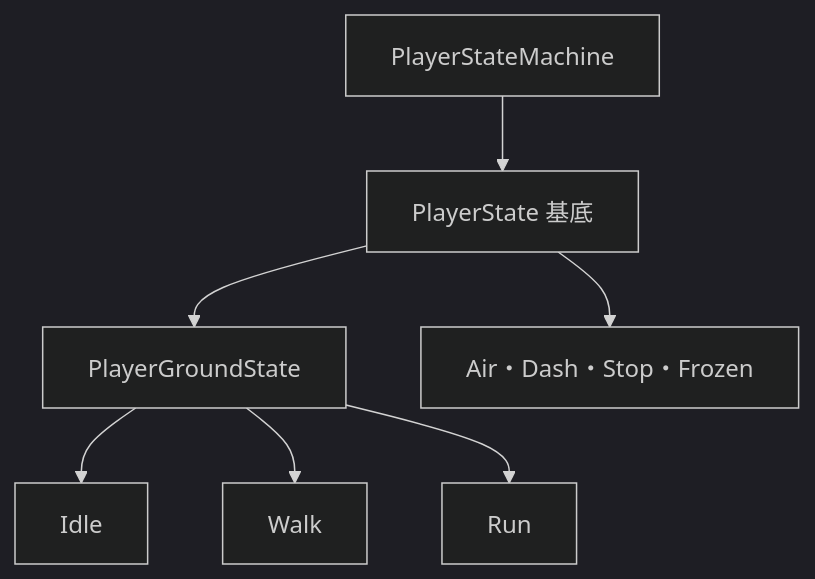
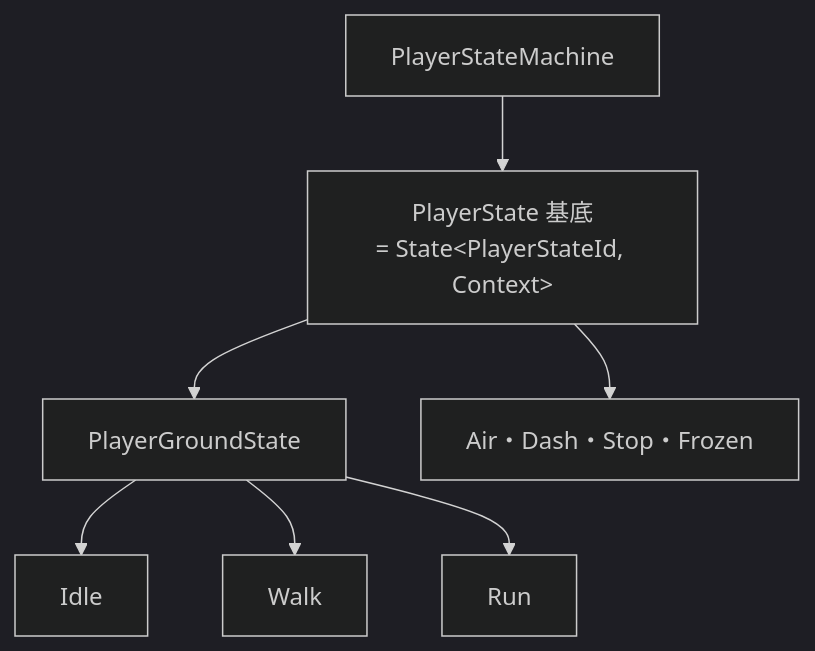
The third of 3 diagrams in Action/docs/ゲーム/プレイヤー/プレイヤーのステートの設計.md (hirota-ryuki/Action), drawn with Mermaid (dark theme) before and after one commit. The commit also changed other lines of this file and 7 other files, not shown here.

````diff
--- a/Action/docs/ゲーム/プレイヤー/プレイヤーのステートの設計.md
+++ b/Action/docs/ゲーム/プレイヤー/プレイヤーのステートの設計.md
@@ -63,9 +63,9 @@
 ```mermaid
 flowchart TD
-    SM[PlayerStateMachine] --> S[PlayerState 基底]
+    SM[PlayerStateMachine] --> S["PlayerState 基底<br/>= State#60;PlayerStateId, Context#62;"]
     S --> G[PlayerGroundState]
     G --> I[Idle]
     G --> W[Walk]
     G --> R[Run]
     S --> O["Air・Dash・Stop・Frozen"]
 ```
````
